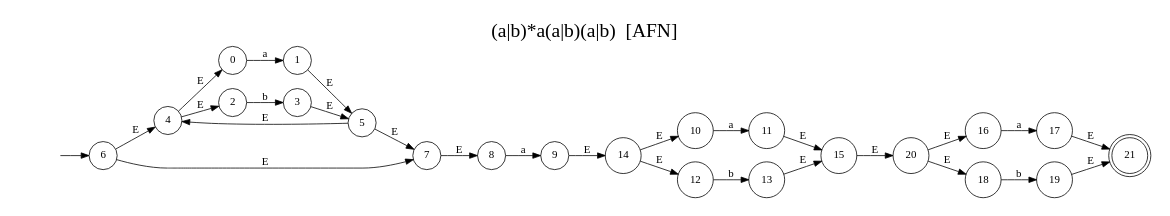
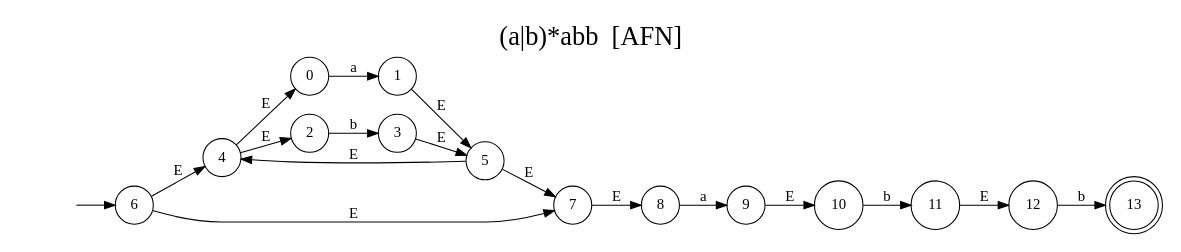
Before and after one commit to CrisLayB/ProgrammingLanguageDesign: the diagram in docs/automataAFN.dot, drawn with Graphviz. The commit also changed 8 other files, not shown here.

```diff
--- a/docs/automataAFN.dot
+++ b/docs/automataAFN.dot
@@ -1,40 +1,30 @@
 digraph "Resultado Automata AFN" {
-	label = "(a|b)*a(a|b)(a|b)  [AFN]"
+	label = "(a|b)*abb  [AFN]"
 	labelloc  =  t
 	fontsize  = 25
 	rankdir=LR size="8,5"
 	node [shape=doublecircle]
-	21
+	13
 	node [shape=circle]
 	6
 	node [shape=none]
 	""
 	""-> 6 [label=""]
 	node [shape=circle]
 	0 -> 1[label="a"]
 	2 -> 3[label="b"]
 	4 -> 0[label="E"]
 	4 -> 2[label="E"]
 	1 -> 5[label="E"]
 	3 -> 5[label="E"]
 	5 -> 4[label="E"]
 	6 -> 7[label="E"]
 	6 -> 4[label="E"]
 	5 -> 7[label="E"]
 	8 -> 9[label="a"]
 	7 -> 8[label="E"]
-	10 -> 11[label="a"]
+	10 -> 11[label="b"]
+	9 -> 10[label="E"]
 	12 -> 13[label="b"]
-	14 -> 10[label="E"]
-	14 -> 12[label="E"]
-	11 -> 15[label="E"]
-	13 -> 15[label="E"]
-	9 -> 14[label="E"]
-	16 -> 17[label="a"]
-	18 -> 19[label="b"]
-	20 -> 16[label="E"]
-	20 -> 18[label="E"]
-	17 -> 21[label="E"]
-	19 -> 21[label="E"]
-	15 -> 20[label="E"]
+	11 -> 12[label="E"]
 }
```
